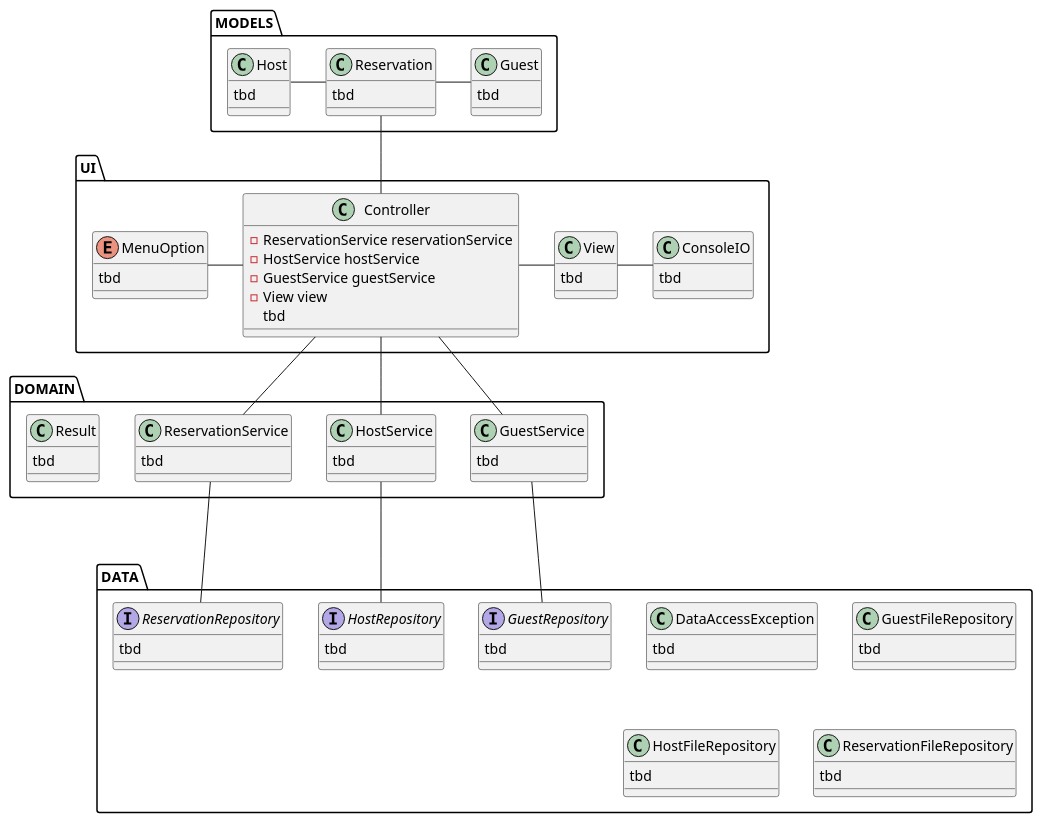
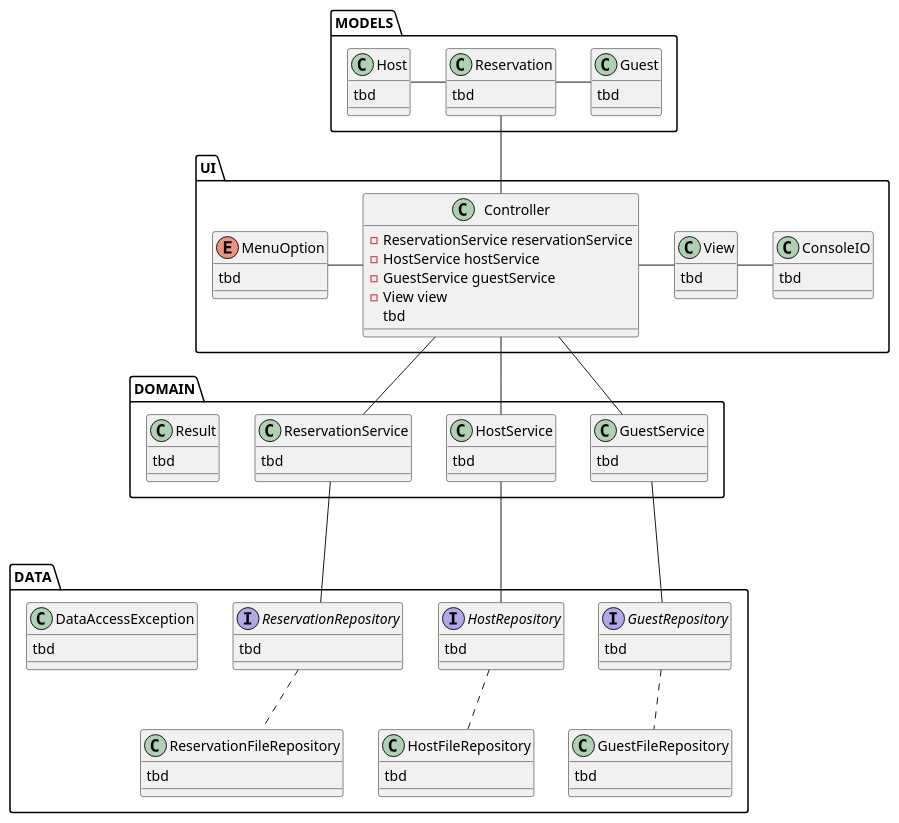
The first of 3 diagrams in week-05/DontWreckMyHouse/README.md (Miro-Stojanovic97/mirostoj-exercises-assessments), drawn with PlantUML before and after one commit. The commit also changed other lines of this file and 22 other files, not shown here.

```diff
--- a/week-05/DontWreckMyHouse/README.md
+++ b/week-05/DontWreckMyHouse/README.md
@@ -131,6 +133,10 @@
     }  
 }
 package "DATA" {
+    GuestRepository .. GuestFileRepository
+    HostRepository .. HostFileRepository
+    ReservationRepository .. ReservationFileRepository
+    
     class DataAccessException {
     tbd
     }
```
